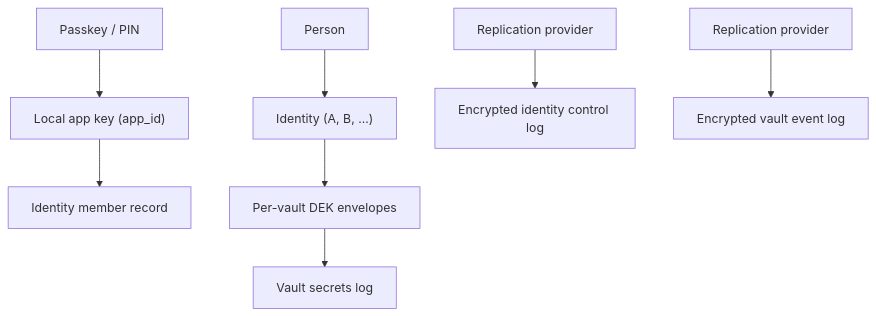
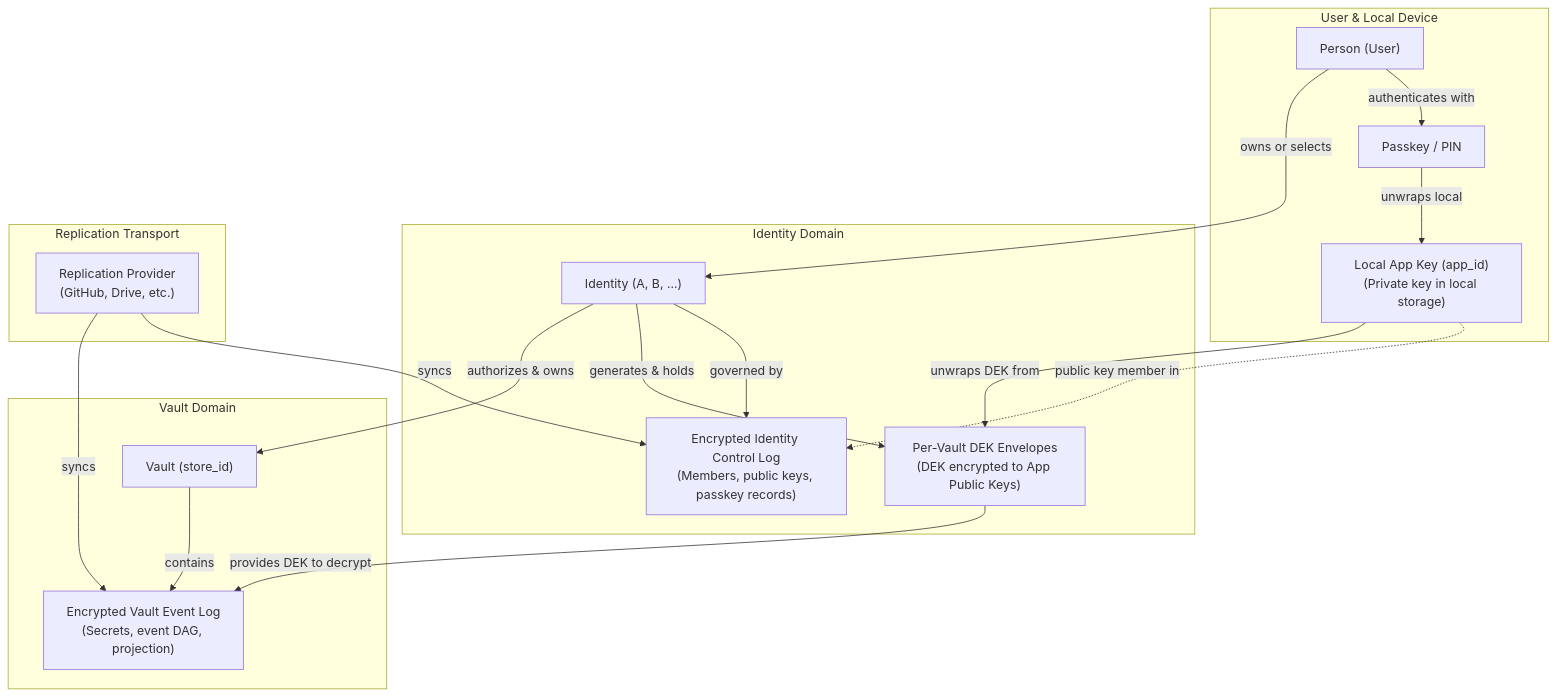
Before and after one commit to meta-secret/nook: the second of 2 diagrams in .cortex/ARCHITECTURE.md, drawn with Mermaid. The commit also changed 1 other file, not shown here.

Commit message:
docs(cortex): improve security domain architecture flowchart with structured subgraphs

````diff
--- a/.cortex/ARCHITECTURE.md
+++ b/.cortex/ARCHITECTURE.md
@@ -68,8 +68,37 @@
 ```mermaid
 flowchart TD
-    Person["Person"] --> Identity["Identity (A, B, ...)"]
-    Passkey["Passkey / PIN"] --> AppKey["Local app key (app_id)"] --> IdentityMember["Identity member record"]
-    Provider1["Replication provider"] --> IdentityLog["Encrypted identity control log"]
-    Identity --> DEK["Per-vault DEK envelopes"] --> VaultSecrets["Vault secrets log"]
-    Provider2["Replication provider"] --> VaultLog["Encrypted vault event log"]
+    subgraph UserDevice["User & Local Device"]
+        Person["Person (User)"]
+        Passkey["Passkey / PIN"]
+        AppKey["Local App Key (app_id)<br/>(Private key in local storage)"]
+        Person -->|"authenticates with"| Passkey
+        Passkey -->|"unwraps local"| AppKey
+    end
+
+    subgraph IdentityDomain["Identity Domain"]
+        Identity["Identity (A, B, ...)"]
+        IdentityLog["Encrypted Identity Control Log<br/>(Members, public keys, passkey records)"]
+        DekEnvelopes["Per-Vault DEK Envelopes<br/>(DEK encrypted to App Public Keys)"]
+
+        Person -->|"owns or selects"| Identity
+        Identity -->|"governed by"| IdentityLog
+        Identity -->|"generates & holds"| DekEnvelopes
+        AppKey -.->|"public key member in"| IdentityLog
+        AppKey -->|"unwraps DEK from"| DekEnvelopes
+    end
+
+    subgraph VaultDomain["Vault Domain"]
+        Vault["Vault (store_id)"]
+        VaultLog["Encrypted Vault Event Log<br/>(Secrets, event DAG, projection)"]
+
+        Identity -->|"authorizes & owns"| Vault
+        Vault -->|"contains"| VaultLog
+        DekEnvelopes -->|"provides DEK to decrypt"| VaultLog
+    end
+
+    subgraph ReplicationDomain["Replication Transport"]
+        Provider["Replication Provider<br/>(GitHub, Drive, etc.)"]
+        Provider -->|"syncs"| IdentityLog
+        Provider -->|"syncs"| VaultLog
+    end
 ```
````
